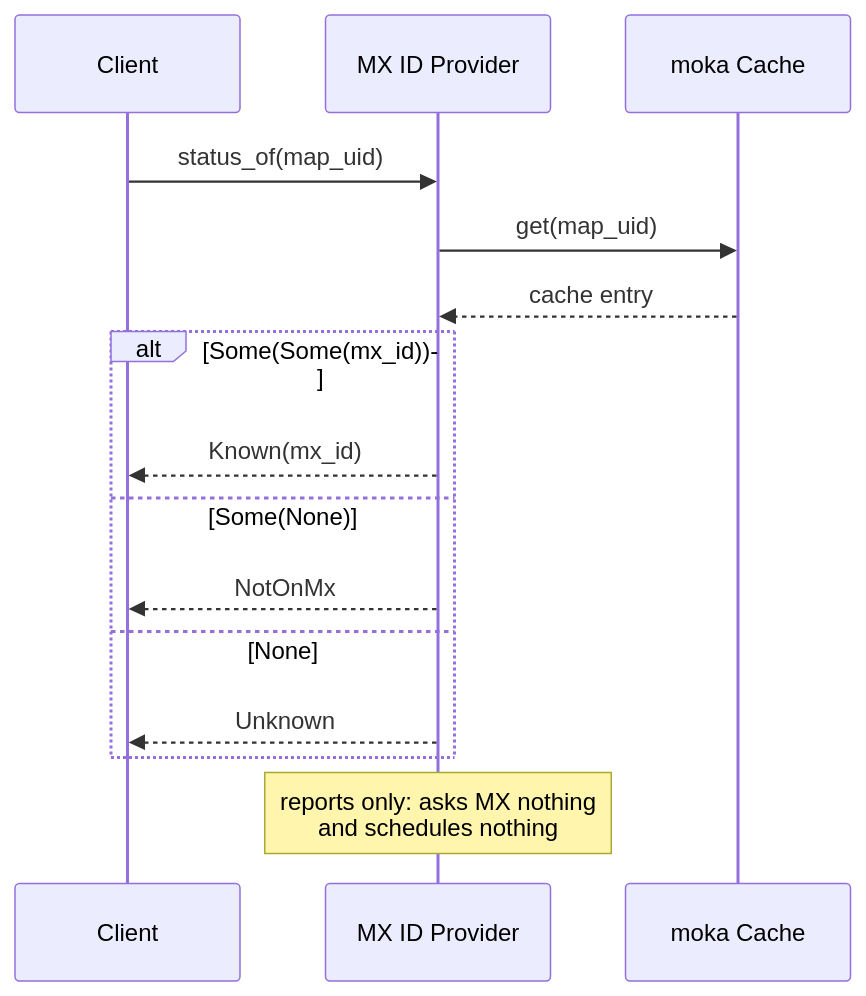
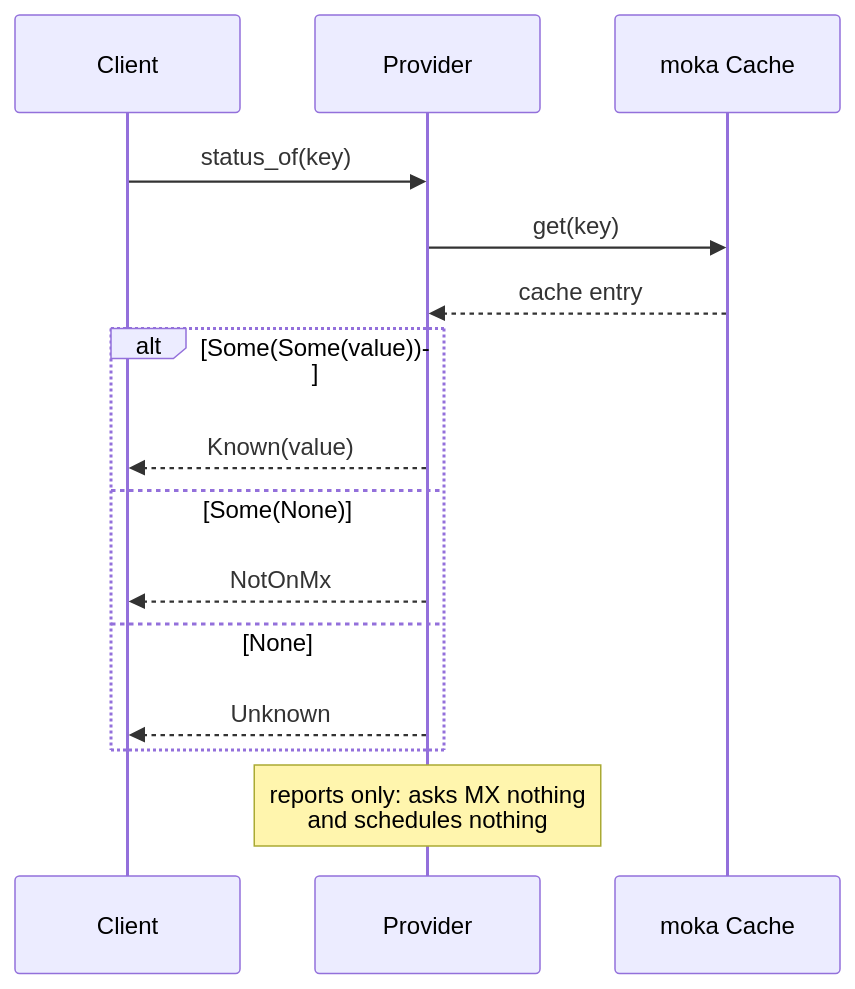
Before and after one commit to SM-Obstacle/Obstacle-API: the diagram in crates/mx-layer/docs/status.mmd, drawn with Mermaid. The commit also changed 23 other files, not shown here.

```diff
--- a/crates/mx-layer/docs/status.mmd
+++ b/crates/mx-layer/docs/status.mmd
@@ -1,16 +1,16 @@
 sequenceDiagram
     participant Client
-    participant A as MX ID Provider
+    participant A as Provider
     participant Cache as moka Cache
 
-    Client->>A: status_of(map_uid)
-    A->>Cache: get(map_uid)
+    Client->>A: status_of(key)
+    A->>Cache: get(key)
     Cache-->>A: cache entry
-    alt Some(Some(mx_id))
-        A-->>Client: Known(mx_id)
+    alt Some(Some(value))
+        A-->>Client: Known(value)
     else Some(None)
         A-->>Client: NotOnMx
     else None
         A-->>Client: Unknown
     end
     Note over A: reports only: asks MX nothing<br/>and schedules nothing
```
